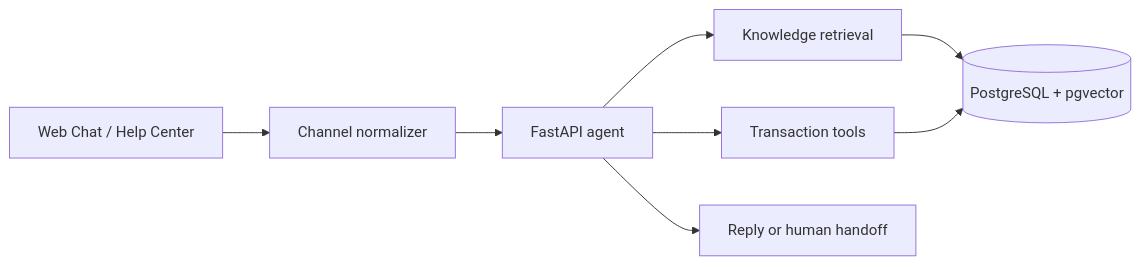
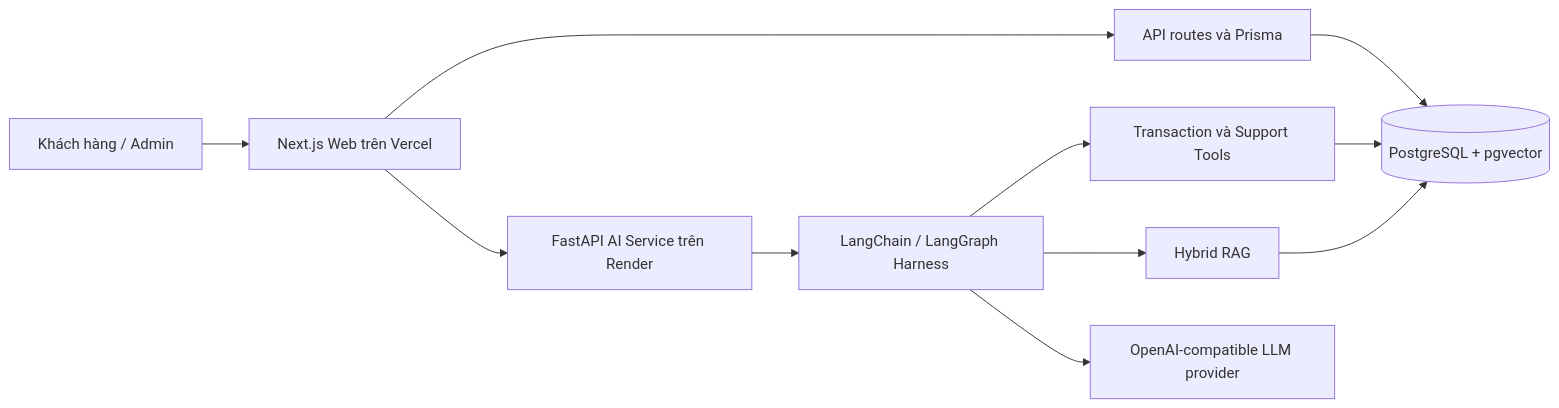
Before and after one commit to Minwsun/omnicare-chatagent: the first of 4 diagrams in docs/architecture.md, drawn with Mermaid. The commit also changed other lines of this file and 8 other files, not shown here.

Commit message:
document architecture and clean evaluation tests

````diff
--- a/docs/architecture.md
+++ b/docs/architecture.md
@@ -3,10 +7,13 @@
 ```mermaid
 flowchart LR
-  W[Web Chat / Help Center] --> N[Channel normalizer]
-  N --> A[FastAPI agent]
-  A --> R[Knowledge retrieval]
-  A --> T[Transaction tools]
-  A --> H[Reply or human handoff]
-  R --> P[(PostgreSQL + pgvector)]
-  T --> P
+  U[Khách hàng / Admin] --> W[Next.js Web trên Vercel]
+  W --> P[API routes và Prisma]
+  W --> A[FastAPI AI Service trên Render]
+  A --> H[LangChain / LangGraph Harness]
+  H --> T[Transaction và Support Tools]
+  H --> R[Hybrid RAG]
+  P --> D[(PostgreSQL + pgvector)]
+  T --> D
+  R --> D
+  H --> L[OpenAI-compatible LLM provider]
 ```
````
